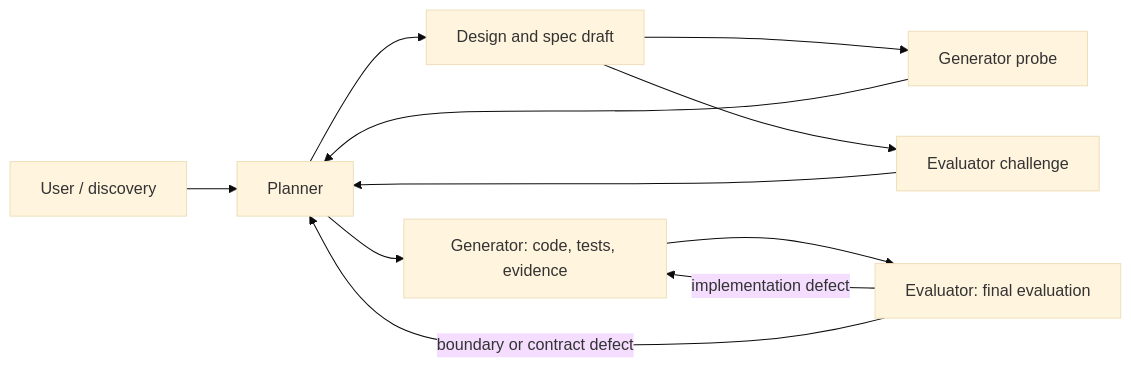
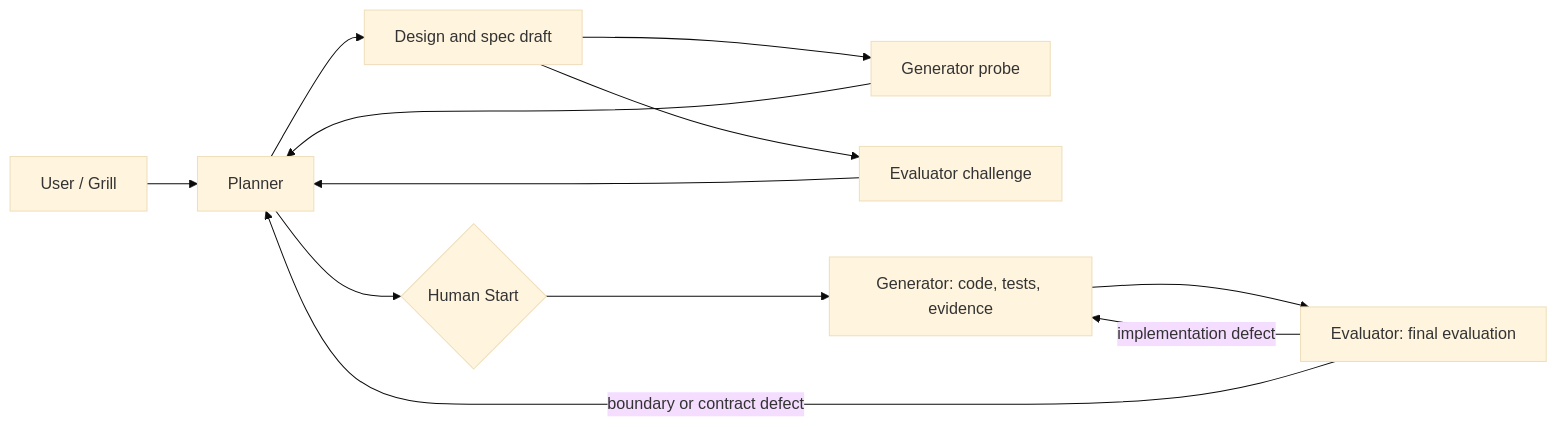
One commit to YangZhaoWeblog/skills-develop changed the diagram in skills/engineering/harness-init/assets/baseline/harness/pge-protocol.md. Above: the diagram before and after it, drawn with Mermaid (base theme). The commit also changed other lines of this file and 56 other files, not shown here.

````diff
--- a/skills/engineering/harness-init/assets/baseline/harness/pge-protocol.md
+++ b/skills/engineering/harness-init/assets/baseline/harness/pge-protocol.md
@@ -30,13 +30,14 @@
 ```mermaid
 flowchart LR
-    U[User / discovery] --> P[Planner]
+    U[User / Grill] --> P[Planner]
     P --> S[Design and spec draft]
     S --> GP[Generator probe]
     S --> EC[Evaluator challenge]
     GP --> P
     EC --> P
-    P --> G[Generator: code, tests, evidence]
+    P --> H{Human Start}
+    H --> G[Generator: code, tests, evidence]
     G --> E[Evaluator: final evaluation]
     E -->|implementation defect| G
     E -->|boundary or contract defect| P
 ```
````
